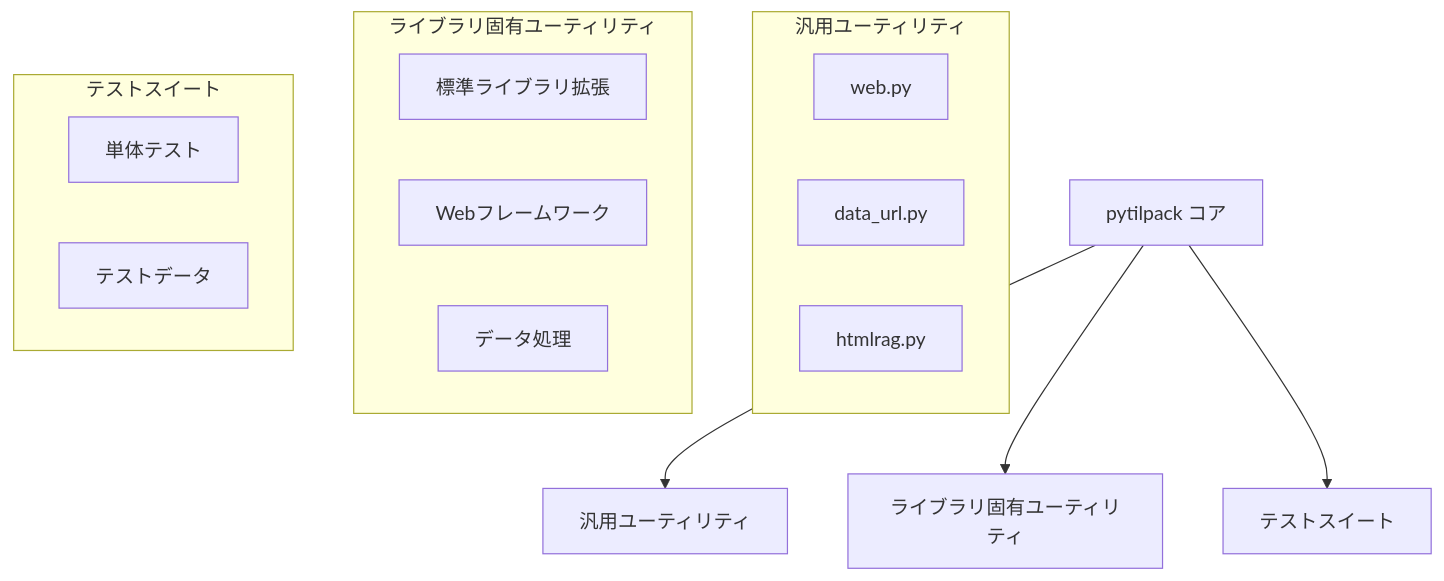
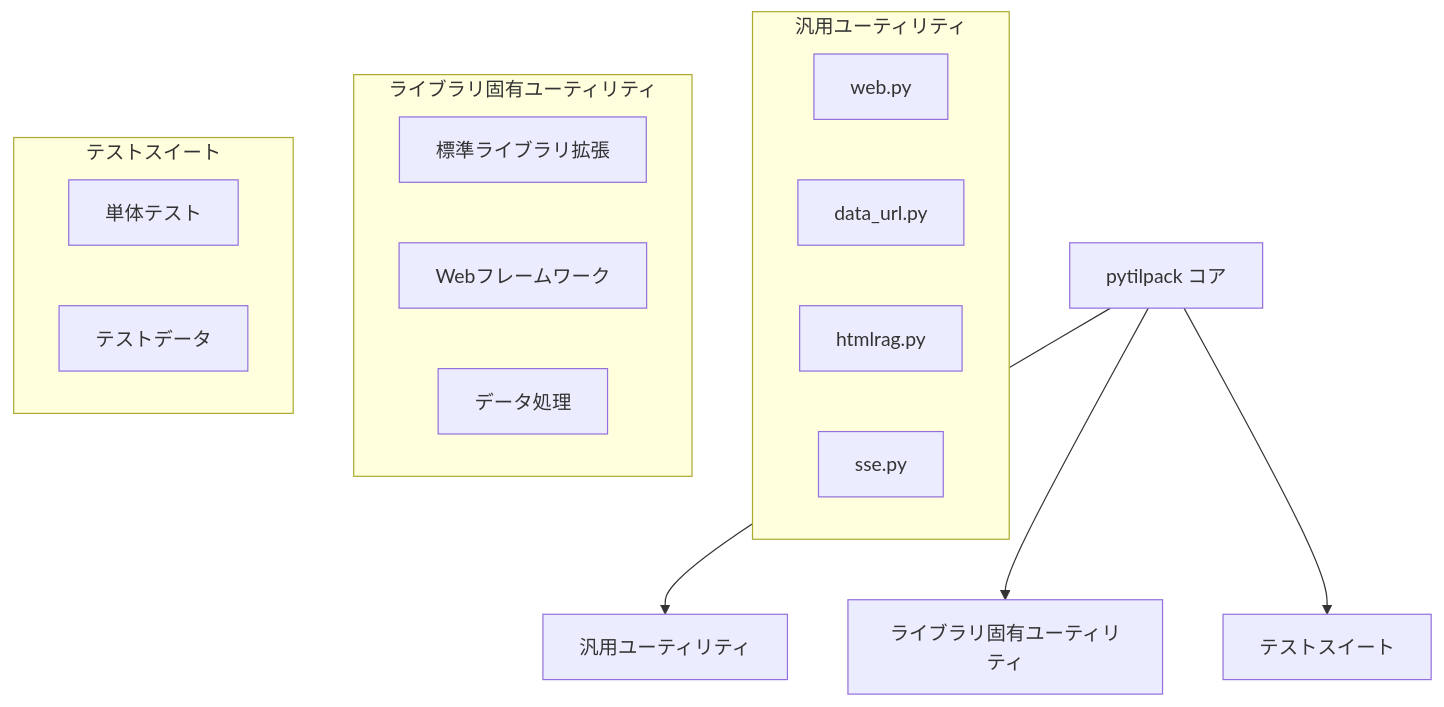
Before and after one commit to ak110/pytilpack: the first of 2 diagrams in .clinerules/94-systemPatterns.md, drawn with Mermaid. The commit also changed other lines of this file and 2 other files, not shown here.

````diff
--- a/.clinerules/94-systemPatterns.md
+++ b/.clinerules/94-systemPatterns.md
@@ -5,28 +5,29 @@
 ```mermaid
 graph TD
     Core[pytilpack コア]
     Utils[汎用ユーティリティ]
     LibUtils[ライブラリ固有ユーティリティ]
     Tests[テストスイート]
 
     Core --> Utils
     Core --> LibUtils
     Core --> Tests
 
     subgraph 汎用ユーティリティ
         WebUtil[web.py]
         DataURL[data_url.py]
         HtmlRAG[htmlrag.py]
+        SSE[sse.py]
     end
 
     subgraph ライブラリ固有ユーティリティ
         StdLib[標準ライブラリ拡張]
         WebFW[Webフレームワーク]
         Data[データ処理]
     end
 
     subgraph テストスイート
         UnitTests[単体テスト]
         TestData[テストデータ]
     end
 ```
````
